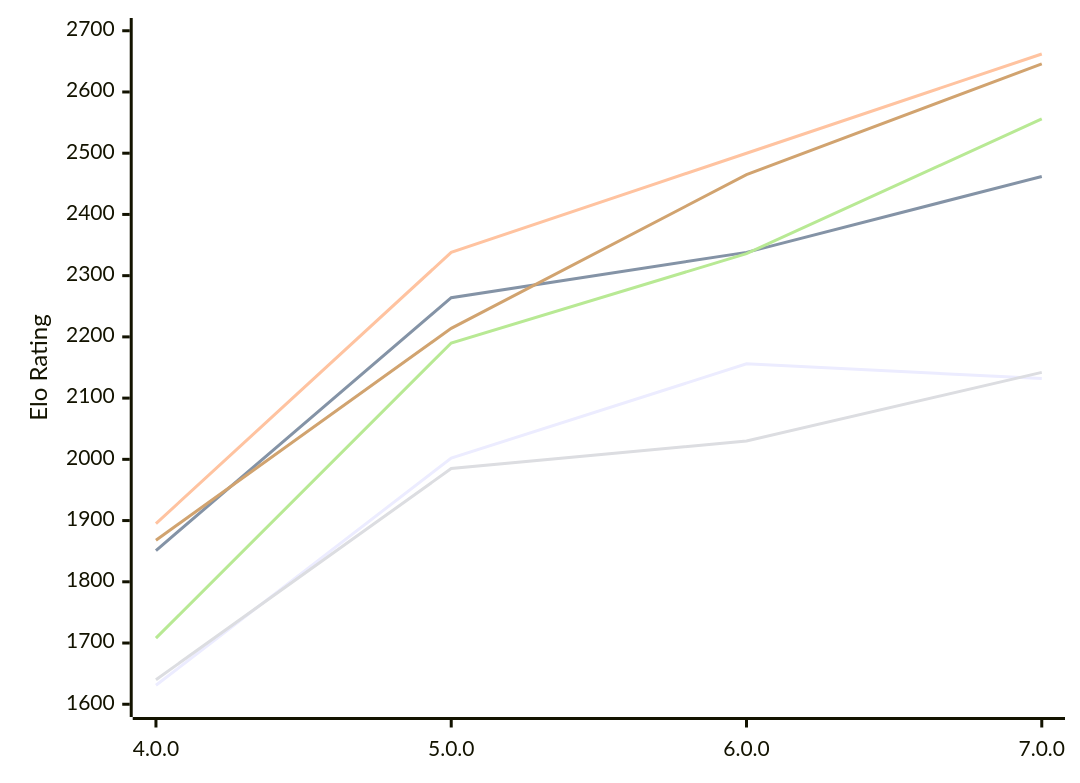
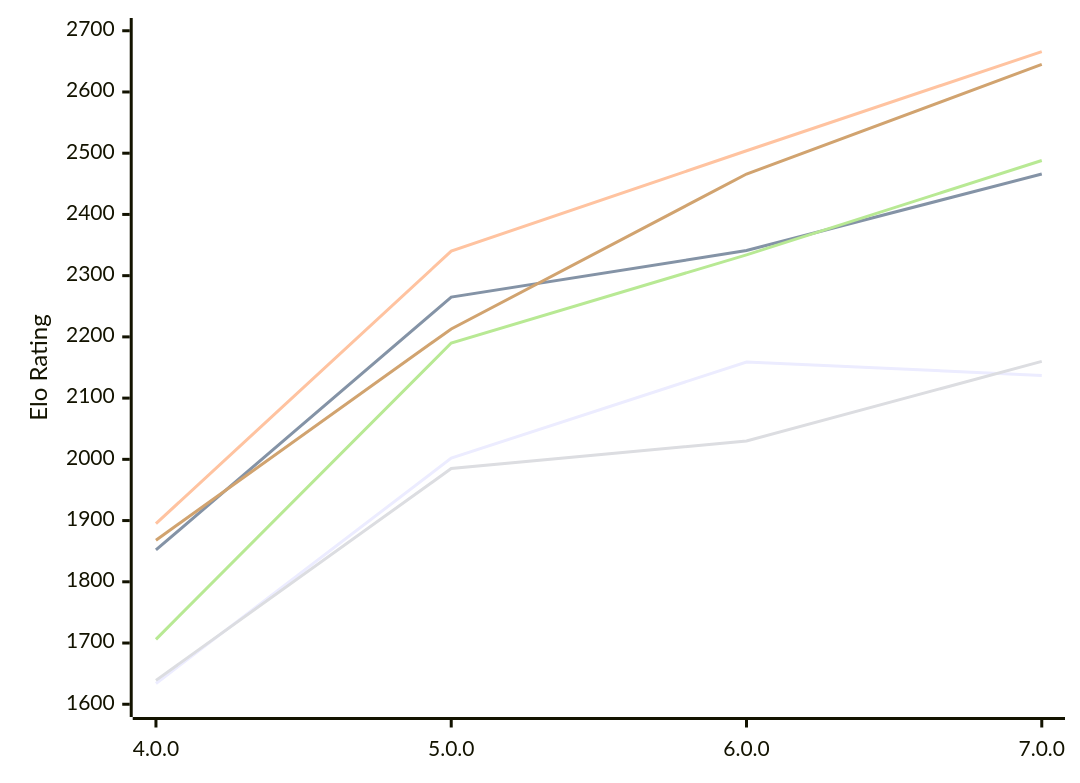
One commit to computer-chess-index/cci changed the first of 2 diagrams in engines/Laura.md. Above: the diagram before and after it, drawn with Mermaid. The commit also changed other lines of this file, not shown here.

Commit message:
Update CCI Ratings (ELO VLTC) - 2026-11-22

````diff
--- a/engines/Laura.md
+++ b/engines/Laura.md
@@ -56,12 +56,12 @@
 ```mermaid
 %%{init: {"theme":"base","themeVariables":{"seriesColors:['#a3a3a3','#222221','#faa371']}}}%%
 xychart-beta
   x-axis ["4.0.0", "5.0.0", "6.0.0", "7.0.0"]
   y-axis "Elo Rating" 1600 --> 2700
-  line "E1: STC (8.0+0.08s)" [1631, 2002, 2156, 2132]
-  line "E1: LTC (60.0+0.60s)" [1851, 2264, 2338, 2462]
-  line "E1: VLTC (2m24s+1.12s)" [1895, 2338, 2500, 2662]
-  line "P1: STC (8.0+0.08s)" [1640, 1985, 2030, 2142]
-  line "P1: LTC (60.0+0.60s)" [1708, 2190, 2336, 2556]
-  line "P1: VLTC (2m24s+1.12s)" [1868, 2214, 2465, 2646]
+  line "E1: STC (8.0+0.08s)" [1634, 2002, 2159, 2137]
+  line "E1: LTC (60.0+0.60s)" [1852, 2265, 2341, 2466]
+  line "E1: VLTC (2m24s+1.12s)" [1895, 2340, 2504, 2666]
+  line "P1: STC (8.0+0.08s)" [1639, 1985, 2030, 2160]
+  line "P1: LTC (60.0+0.60s)" [1706, 2190, 2334, 2488]
+  line "P1: VLTC (2m24s+1.12s)" [1868, 2213, 2466, 2645]
 ```
````
